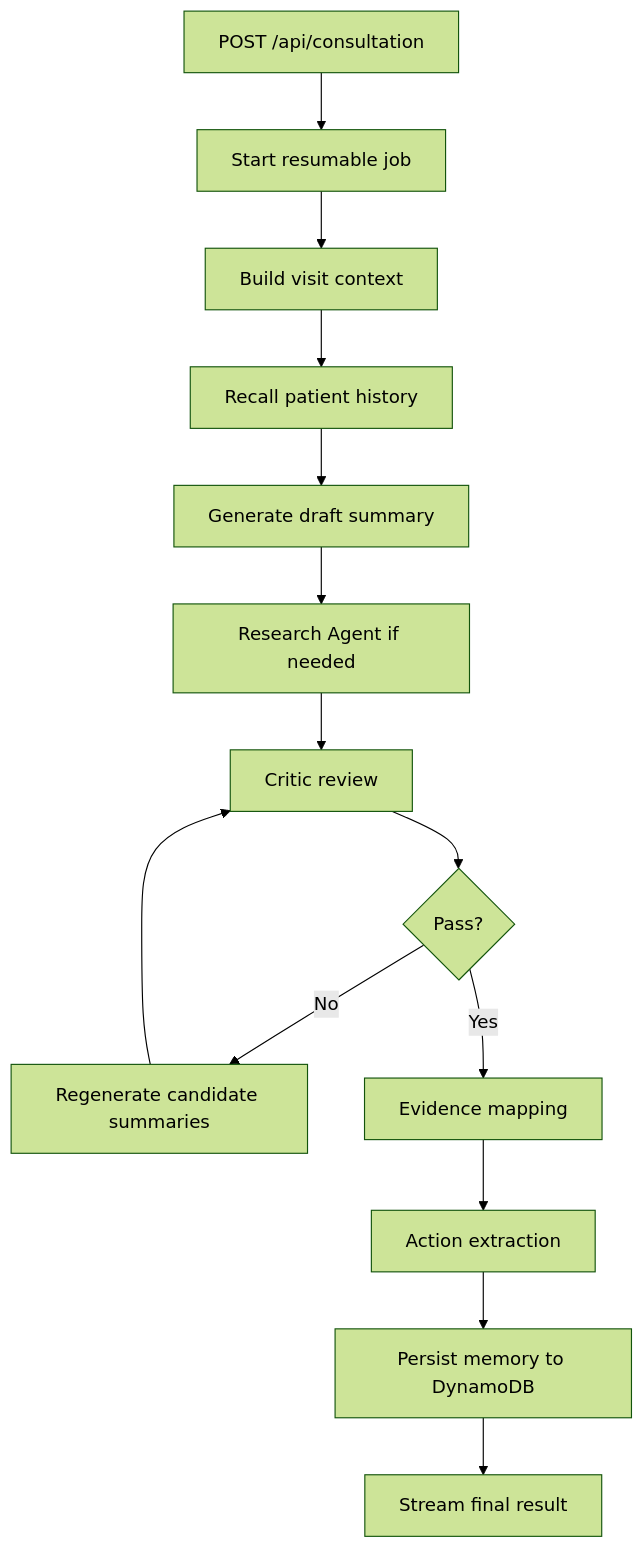
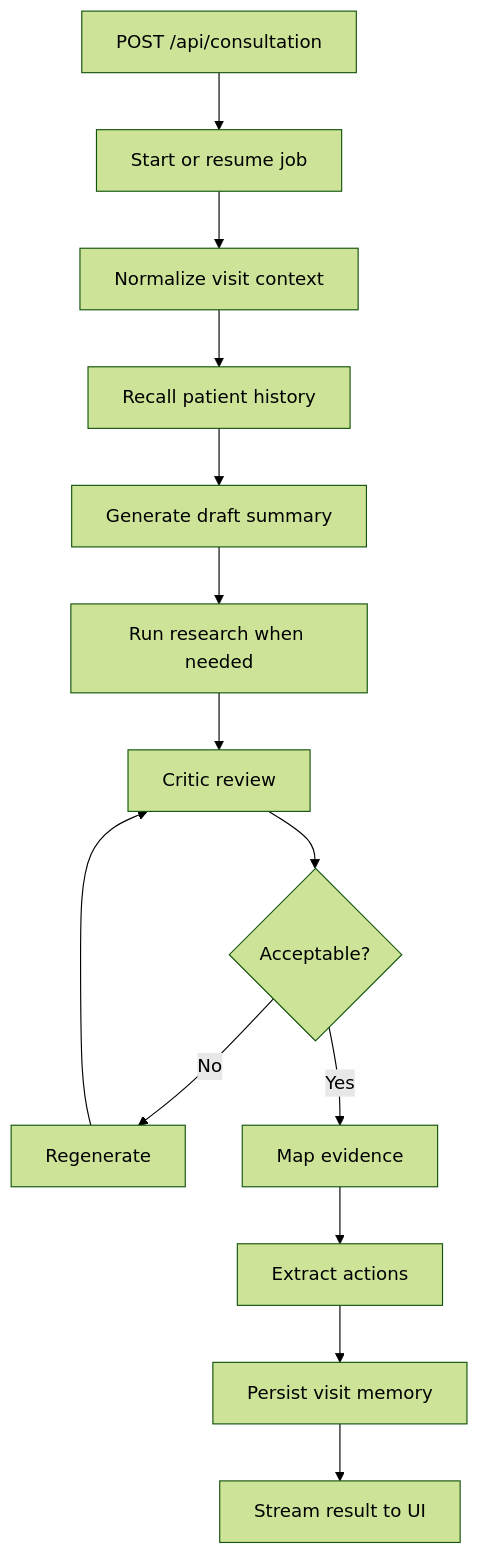
One commit to rhyegacillos/agents-app changed the second of 3 diagrams in ARCHITECTURE.md. Above: the diagram before and after it, drawn with Mermaid (forest theme). The commit also changed other lines of this file and 3 other files, not shown here.

Commit message:
Refine healthcare architecture documentation flow

````diff
--- a/ARCHITECTURE.md
+++ b/ARCHITECTURE.md
@@ -357,16 +95,16 @@
 ```mermaid
 flowchart TD
-    A[POST /api/consultation] --> B[Start resumable job]
-    B --> C[Build visit context]
+    A[POST /api/consultation] --> B[Start or resume job]
+    B --> C[Normalize visit context]
     C --> D[Recall patient history]
     D --> E[Generate draft summary]
-    E --> F[Research Agent if needed]
+    E --> F[Run research when needed]
     F --> G[Critic review]
-    G --> H{Pass?}
-    H -- No --> I[Regenerate candidate summaries]
+    G --> H{Acceptable?}
+    H -- No --> I[Regenerate]
     I --> G
-    H -- Yes --> J[Evidence mapping]
-    J --> K[Action extraction]
-    K --> L[Persist memory to DynamoDB]
-    L --> M[Stream final result]
+    H -- Yes --> J[Map evidence]
+    J --> K[Extract actions]
+    K --> L[Persist visit memory]
+    L --> M[Stream result to UI]
 ```
````
